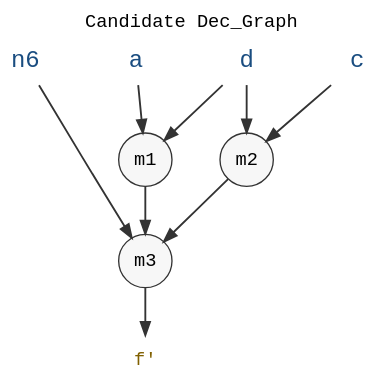
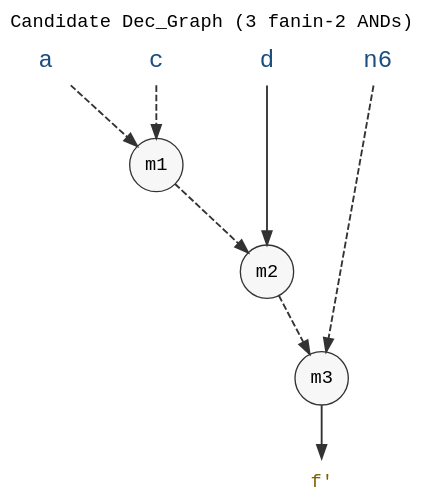
One commit to cyberseihis/abc-synthesis-notes changed the diagram in viz/diagrams/decgraph_candidate.dot. Above: the diagram before and after it, drawn with Graphviz. The commit also changed 2 other files, not shown here.

Commit message:
decgraph: candidate is now a correct fanin-2 AIG equivalent to f
Previous candidate showed m3 = OR(m1, m2, n6) which is (a) a fanin-3
node that can't exist in ABC's AIG and (b) the complement of f rather
than f itself.

Replaced with a proper 3-AND fanin-2 factoring:
  m1 = ~a · ~c           (= ~(a + c))
  m2 = d · ~m1           (= d · (a + c))
  m3 = ~n6 · ~m2         (= ~n6 · ~(d·(a+c)) = ~n6·~(a·d)·~(c·d) = f)
All edge negations encoded as dashed edges.

Walkthrough lookups updated to match: m1, m2, m3 all miss the strash
table (m1 because ~a·~c isn't in the AIG; m2, m3 because their child
ANDs are freshly created). count = 3, gain = 4 - 3 = 1.

Since the actual chosen candidate doesn't hit any MFFC-tagged nodes,
moved the "why TravId tagging matters" lesson to a final hypothetical
step: explains what would happen if a candidate AND tried to use a·d
(would hit n7, which is in MFFC -> illusory hit, count as add).

```diff
--- a/viz/diagrams/decgraph_candidate.dot
+++ b/viz/diagrams/decgraph_candidate.dot
@@ -1,52 +1,57 @@
 // Aux SVG for decgraph: a candidate Dec_Graph_t over leaves {a, c, d, n6}.
-// Three internal ANDs m1, m2, m3 implementing the truth function for class 12.
+// Three internal ANDs implementing the function at f, which is
+//   f = ~(a·b) · ~(a·d) · ~(c·d)  =  ~n6 · ~(a·d) · ~(c·d)
+//     =  ~n6 · ~(d·(a+c))
+//     =  ~n6 · ~(d · ~(~a·~c)).
 //
-//   a    c    d    n6
-//   |\   |    |\   |
-//   | \  |    | \  |
-//   m1   m2   |   |   m1 = a & d
-//    \   |   /   /    m2 = c & d
-//     \  |  /  /      m3 = OR(m1, m2, n6)
-//      \\__//
-//       m3
-//        |
-//       OUT
+// Pure fanin-2 AIG (every AND has two inputs; negations live on edges,
+// drawn as dashed lines):
+//
+//   m1 = ~a · ~c          (= ~(a + c))
+//   m2 = d · ~m1          (= d · (a + c))
+//   m3 = ~n6 · ~m2        (= ~n6 · ~(d·(a+c))   = f)
+//
+// Output of the candidate is m3.
 digraph decgraph_candidate {
     rankdir = TB
     bgcolor = "transparent"
-    label = "Candidate Dec_Graph"
+    label = "Candidate Dec_Graph (3 fanin-2 ANDs)"
     labelloc = "t"
     fontname = "monospace"
     fontsize = 14
     nodesep = 0.4
-    ranksep = 0.5
+    ranksep = 0.55
 
     node [fontname = "monospace", fontsize = 14, color = "#333333"]
     edge [color = "#333333", penwidth = 1.4]
 
     { rank = source
       a  [id="aux-node-a",  label="a",  shape=plaintext, fontsize=18, fontcolor="#1a4d80"]
       c  [id="aux-node-c",  label="c",  shape=plaintext, fontsize=18, fontcolor="#1a4d80"]
       d  [id="aux-node-d",  label="d",  shape=plaintext, fontsize=18, fontcolor="#1a4d80"]
       n6 [id="aux-node-n6", label="n6", shape=plaintext, fontsize=18, fontcolor="#1a4d80"]
     }
 
     m1 [id="aux-node-m1", label="m1", shape=circle, width=0.55, fixedsize=true, style=filled, fillcolor="#f7f7f7"]
     m2 [id="aux-node-m2", label="m2", shape=circle, width=0.55, fixedsize=true, style=filled, fillcolor="#f7f7f7"]
     m3 [id="aux-node-m3", label="m3", shape=circle, width=0.55, fixedsize=true, style=filled, fillcolor="#f7f7f7"]
 
     { rank = sink
       OUT [id="aux-node-OUT", label="f'", shape=plaintext, fontsize=14, fontcolor="#806000"]
     }
 
-    a -> m1 [id="aux-edge-a-m1"]
-    d -> m1 [id="aux-edge-d-m1"]
-    c -> m2 [id="aux-edge-c-m2"]
-    d -> m2 [id="aux-edge-d-m2"]
+    // m1 = ~a · ~c — both fanin edges inverted (dashed)
+    a -> m1 [id="aux-edge-a-m1", style=dashed]
+    c -> m1 [id="aux-edge-c-m1", style=dashed]
 
-    m1 -> m3 [id="aux-edge-m1-m3"]
-    m2 -> m3 [id="aux-edge-m2-m3"]
-    n6 -> m3 [id="aux-edge-n6-m3"]
+    // m2 = d · ~m1 — d positive, m1 inverted
+    d  -> m2 [id="aux-edge-d-m2"]
+    m1 -> m2 [id="aux-edge-m1-m2", style=dashed]
 
+    // m3 = ~n6 · ~m2 — both inverted
+    n6 -> m3 [id="aux-edge-n6-m3", style=dashed]
+    m2 -> m3 [id="aux-edge-m2-m3", style=dashed]
+
+    // Output edge: positive (the candidate's top-level polarity matches f)
     m3 -> OUT [id="aux-edge-m3-OUT"]
 }
```
